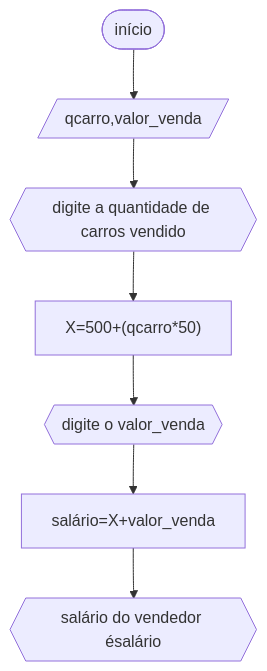
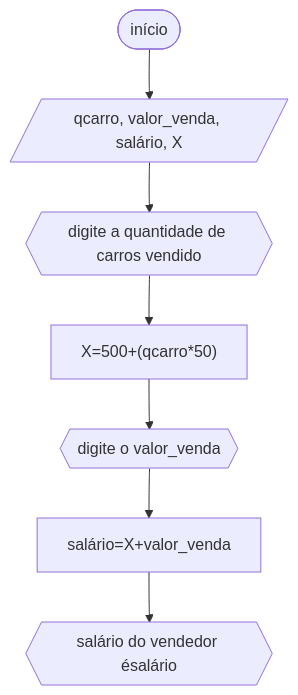
Before and after one commit to yeesusu/UNIFOR: the seventh of 15 diagrams in RLA/RLA2/20exercícios_RLA.md, drawn with Mermaid. The commit also changed other lines of this file, not shown here.

````diff
--- a/RLA/RLA2/20exercícios_RLA.md
+++ b/RLA/RLA2/20exercícios_RLA.md
@@ -148,9 +149,9 @@
 ```mermaid
 flowchart TD
-A([início])-->B[/qcarro,valor_venda/]
+A([início])-->B[/qcarro, valor_venda, salário, X/]
 B-->C{{"digite a quantidade de carros vendido"}}
 C-->D["X=500+(qcarro*50)"]
 D-->E{{"digite o valor_venda"}}
 E-->F[salário=X+valor_venda]
 F-->G{{"salário do vendedor é"salário}}
 ```
````
